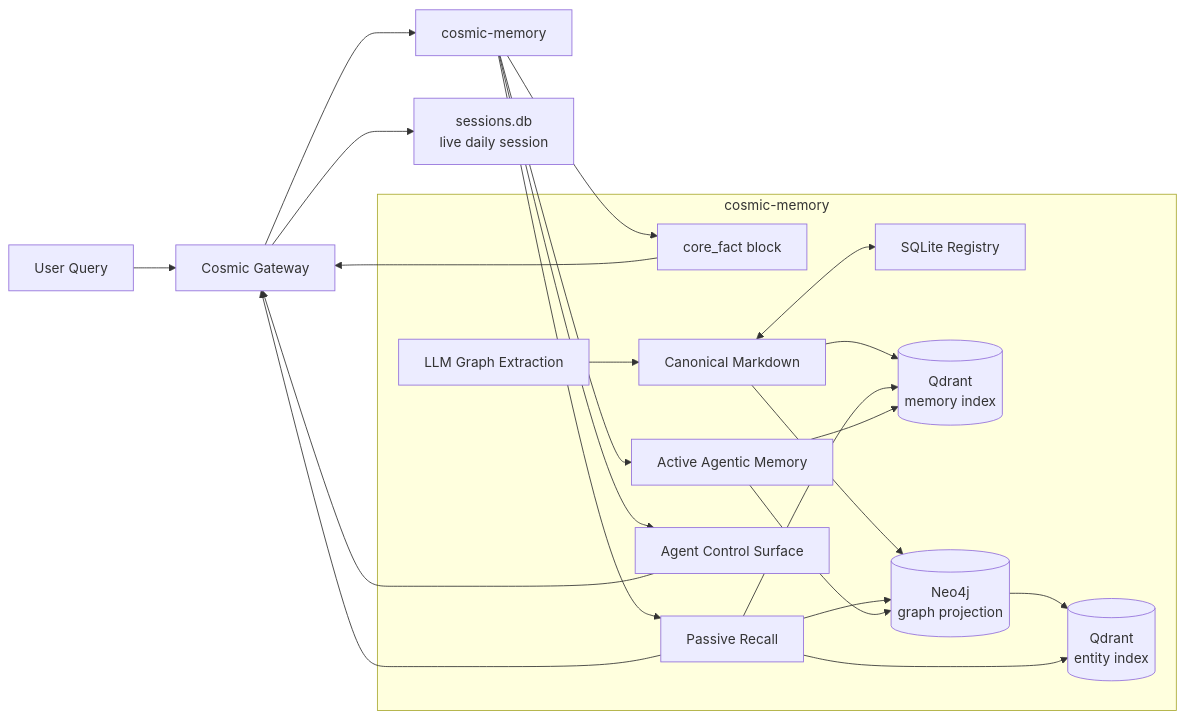
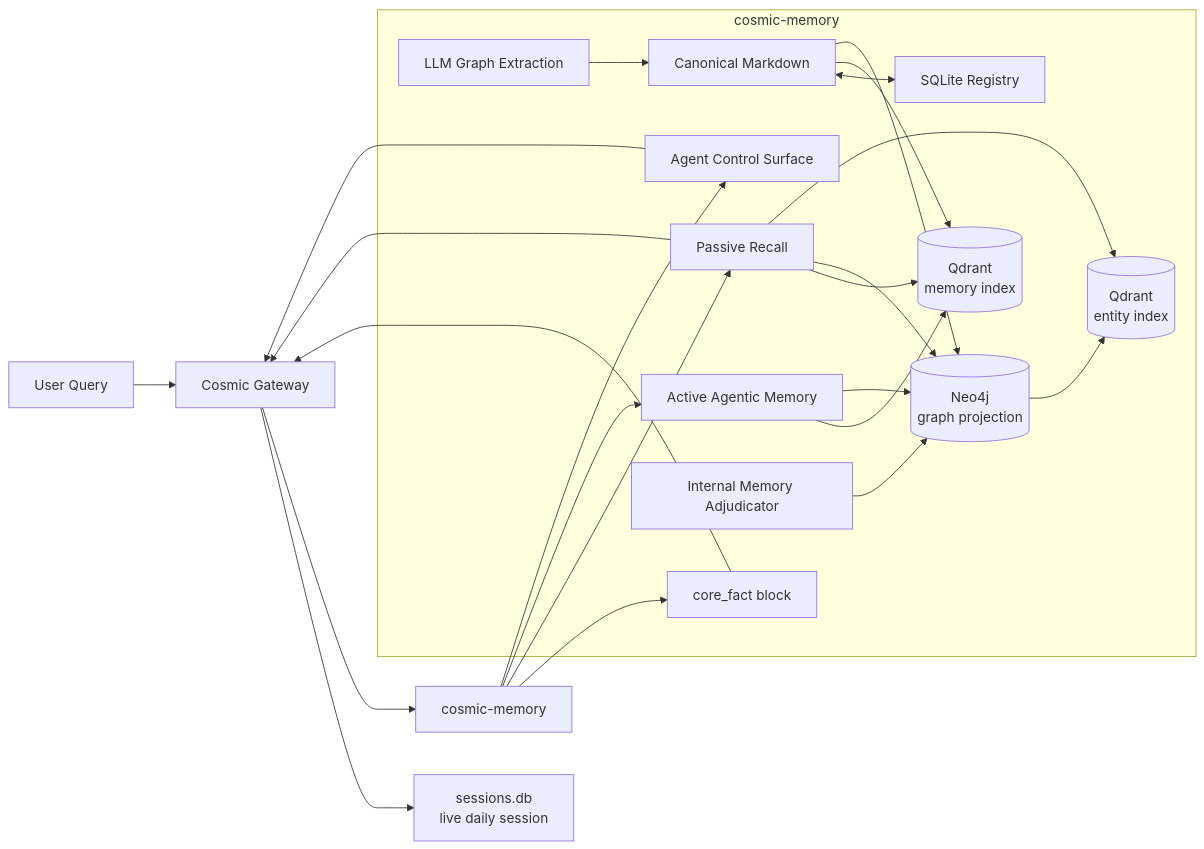
Before and after one commit to uspraveen/cosmic-memory: the first of 3 diagrams in README.md, drawn with Mermaid. The commit also changed other lines of this file and 9 other files, not shown here.

Commit message:
Add internal graph adjudication for memory writes

````diff
--- a/README.md
+++ b/README.md
@@ -35,38 +35,40 @@
 ```mermaid
 flowchart LR
     U[User Query] --> G[Cosmic Gateway]
     G --> S[sessions.db<br/>live daily session]
     G --> CM[cosmic-memory]
 
     subgraph CMStack[cosmic-memory]
         CF[core_fact block]
         PR[Passive Recall]
         AR[Active Agentic Memory]
         CS[Agent Control Surface]
         EXT[LLM Graph Extraction]
+        ADJ[Internal Memory Adjudicator]
         REG[SQLite Registry]
         MD[Canonical Markdown]
         Q[(Qdrant<br/>memory index)]
         EQ[(Qdrant<br/>entity index)]
         N[(Neo4j<br/>graph projection)]
     end
 
     CM --> CF
     CM --> PR
     CM --> AR
     CM --> CS
     EXT --> MD
+    ADJ --> N
     MD <--> REG
     MD --> Q
     MD --> N
     N --> EQ
     PR --> Q
     PR --> N
     PR --> EQ
     AR --> Q
     AR --> N
 
     CF --> G
     PR --> G
     CS --> G
 ```
````
